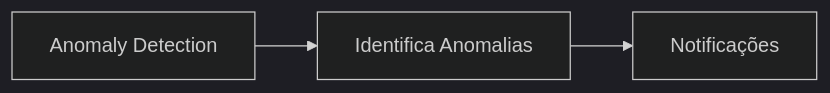
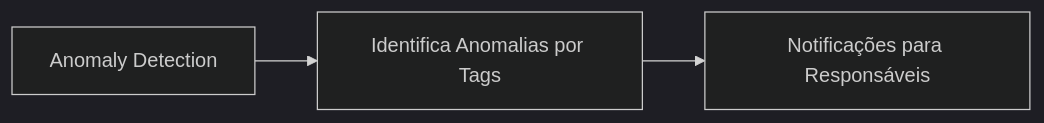
The sixth of 6 diagrams in Bootcamp - Cloud para dados/Aula_10/README.md (lvgalvao/data-engineering-roadmap), drawn with Mermaid (dark theme) before and after one commit. The commit also changed other lines of this file, not shown here.

````diff
--- a/Bootcamp - Cloud para dados/Aula_10/README.md
+++ b/Bootcamp - Cloud para dados/Aula_10/README.md
@@ -198,5 +274,5 @@
    ```mermaid
    graph LR
-       AnomalyDetection[Anomaly Detection] --> IdentifyAnomalies[Identifica Anomalias]
-       IdentifyAnomalies --> Notifications[Notificações]
+       AnomalyDetection[Anomaly Detection] --> IdentifyAnomalies[Identifica Anomalias por Tags]
+       IdentifyAnomalies --> Notifications[Notificações para Responsáveis]
    ```
````
